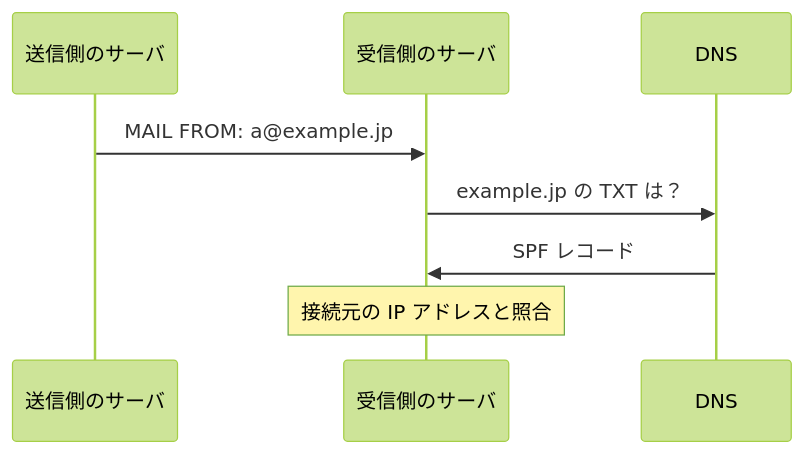
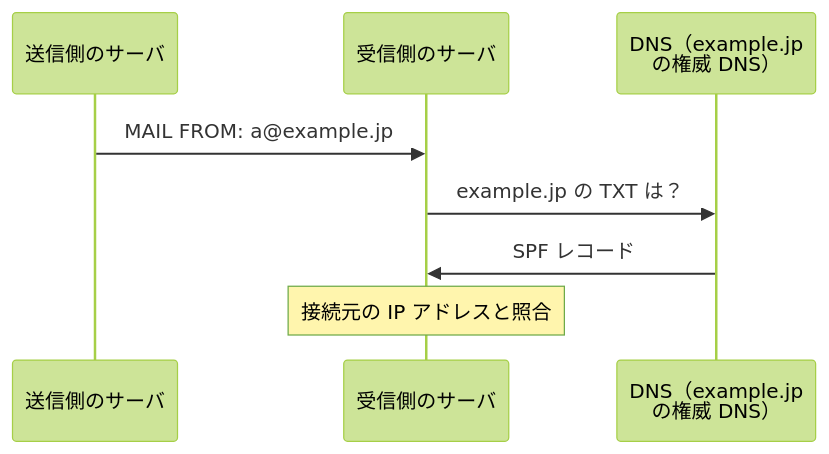
Before and after one commit to nnnaanaa/document: the fourth of 4 diagrams in network/protocol/mail.md, drawn with Mermaid (forest theme).

Commit message:
メール暗記シートのSPFの図で、DNSがexample.jpの権威DNSであることを明記

````diff
--- a/network/protocol/mail.md
+++ b/network/protocol/mail.md
@@ -126,16 +126,16 @@
 ```mermaid
 ---
 config:
   sequence:
     width: 120
     actorMargin: 30
 ---
 sequenceDiagram
   participant S as 送信側のサーバ
   participant R as 受信側のサーバ
-  participant D as DNS
+  participant D as DNS（example.jp<br>の権威 DNS）
   S->>R: MAIL FROM: a@example.jp
   R->>D: example.jp の TXT は？
   D->>R: SPF レコード
   Note over R: 接続元の IP アドレスと照合
 ```
````
